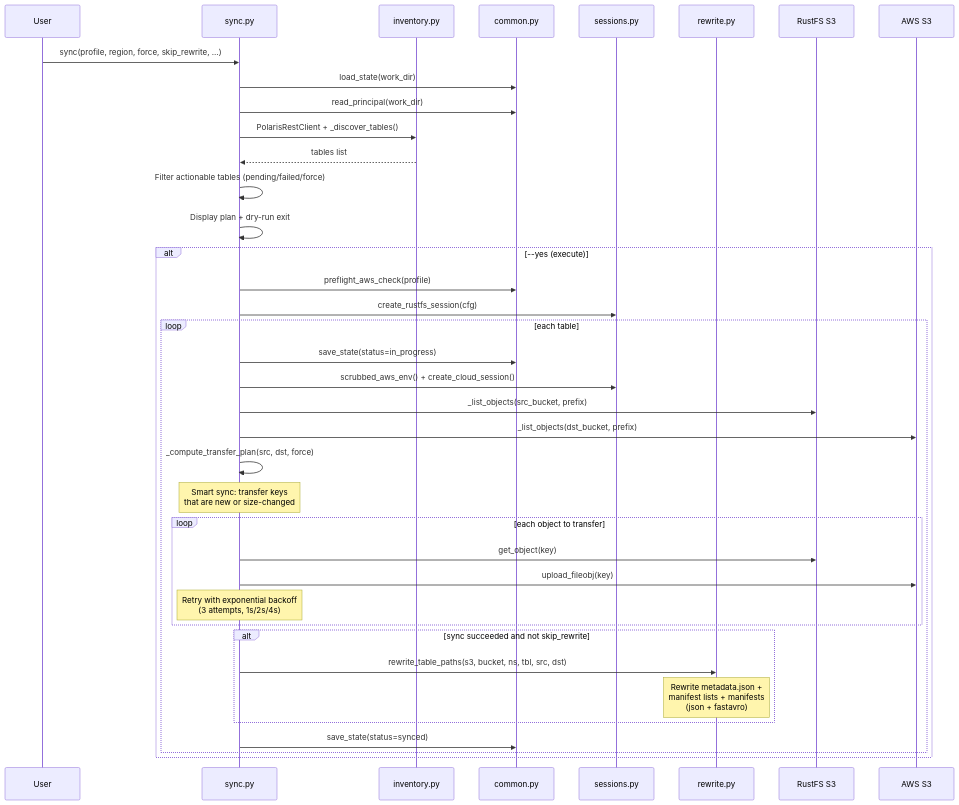
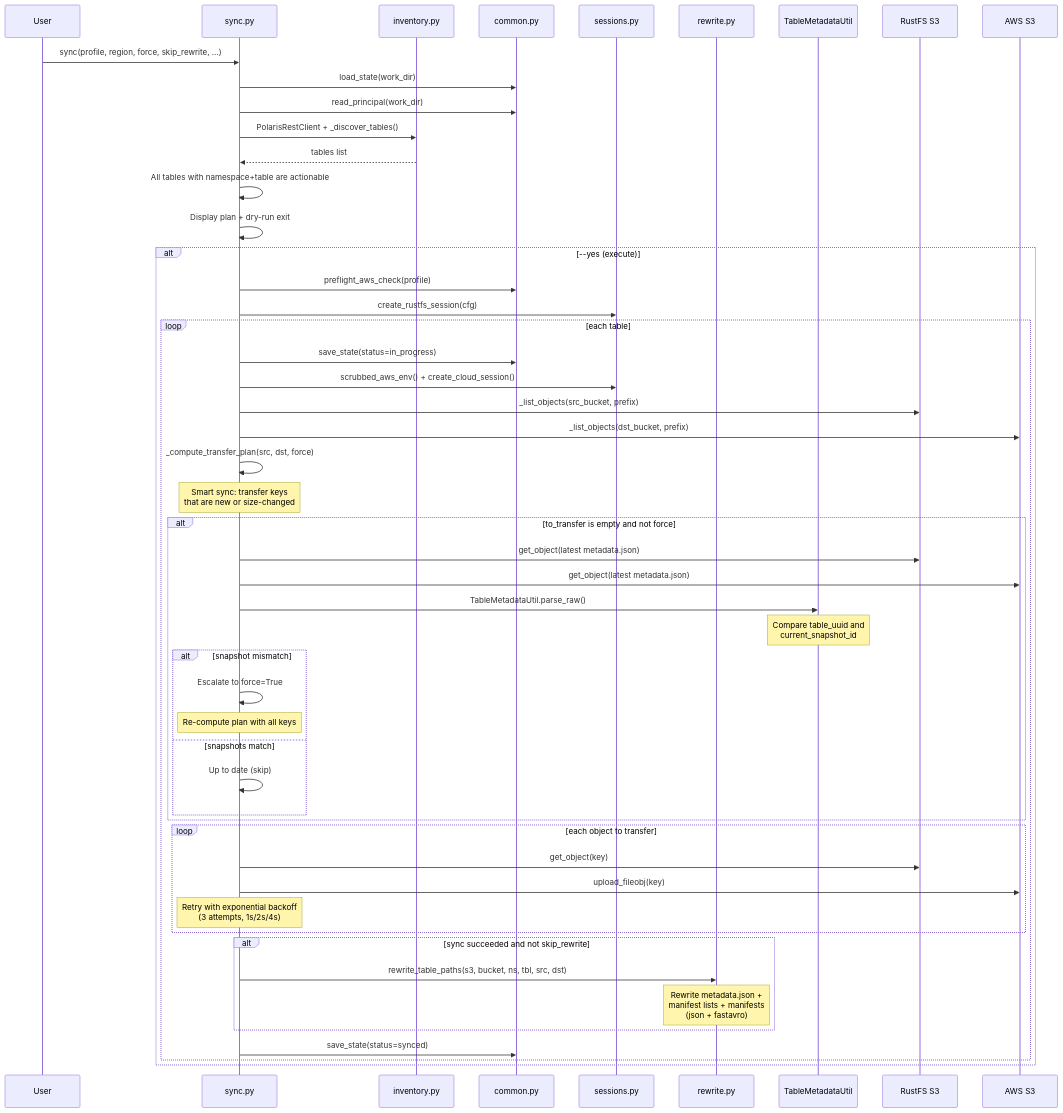
The tenth of 25 diagrams in docs/cli-design.md (Snowflake-Labs/polaris-local-forge), drawn with Mermaid before and after one commit. The commit also changed other lines of this file and 36 other files, not shown here.

````diff
--- a/docs/cli-design.md
+++ b/docs/cli-design.md
@@ -867,49 +869,63 @@
 ```mermaid
 sequenceDiagram
     participant User
     participant Sync as sync.py
     participant Inventory as inventory.py
     participant Common as common.py
     participant Sessions as sessions.py
     participant Rewrite as rewrite.py
+    participant PyIceberg as TableMetadataUtil
     participant RustFS as RustFS S3
     participant AWS as AWS S3
 
     User->>Sync: sync(profile, region, force, skip_rewrite, ...)
     Sync->>Common: load_state(work_dir)
     Sync->>Common: read_principal(work_dir)
     Sync->>Inventory: PolarisRestClient + _discover_tables()
     Inventory-->>Sync: tables list
 
-    Sync->>Sync: Filter actionable tables (pending/failed/force)
+    Sync->>Sync: All tables with namespace+table are actionable
     Sync->>Sync: Display plan + dry-run exit
 
     alt --yes (execute)
         Sync->>Common: preflight_aws_check(profile)
         Sync->>Sessions: create_rustfs_session(cfg)
 
         loop each table
             Sync->>Common: save_state(status=in_progress)
 
             Sync->>Sessions: scrubbed_aws_env() + create_cloud_session()
 
             Sync->>RustFS: _list_objects(src_bucket, prefix)
             Sync->>AWS: _list_objects(dst_bucket, prefix)
             Sync->>Sync: _compute_transfer_plan(src, dst, force)
             Note over Sync: Smart sync: transfer keys<br/>that are new or size-changed
 
+            alt to_transfer is empty and not force
+                Sync->>RustFS: get_object(latest metadata.json)
+                Sync->>AWS: get_object(latest metadata.json)
+                Sync->>PyIceberg: TableMetadataUtil.parse_raw()
+                Note over PyIceberg: Compare table_uuid and<br/>current_snapshot_id
+                alt snapshot mismatch
+                    Sync->>Sync: Escalate to force=True
+                    Note over Sync: Re-compute plan with all keys
+                else snapshots match
+                    Sync->>Sync: Up to date (skip)
+                end
+            end
+
             loop each object to transfer
                 Sync->>RustFS: get_object(key)
                 Sync->>AWS: upload_fileobj(key)
                 Note over Sync: Retry with exponential backoff<br/>(3 attempts, 1s/2s/4s)
             end
 
             alt sync succeeded and not skip_rewrite
                 Sync->>Rewrite: rewrite_table_paths(s3, bucket, ns, tbl, src, dst)
                 Note over Rewrite: Rewrite metadata.json +<br/>manifest lists + manifests<br/>(json + fastavro)
             end
 
             Sync->>Common: save_state(status=synced)
         end
     end
 ```
````
